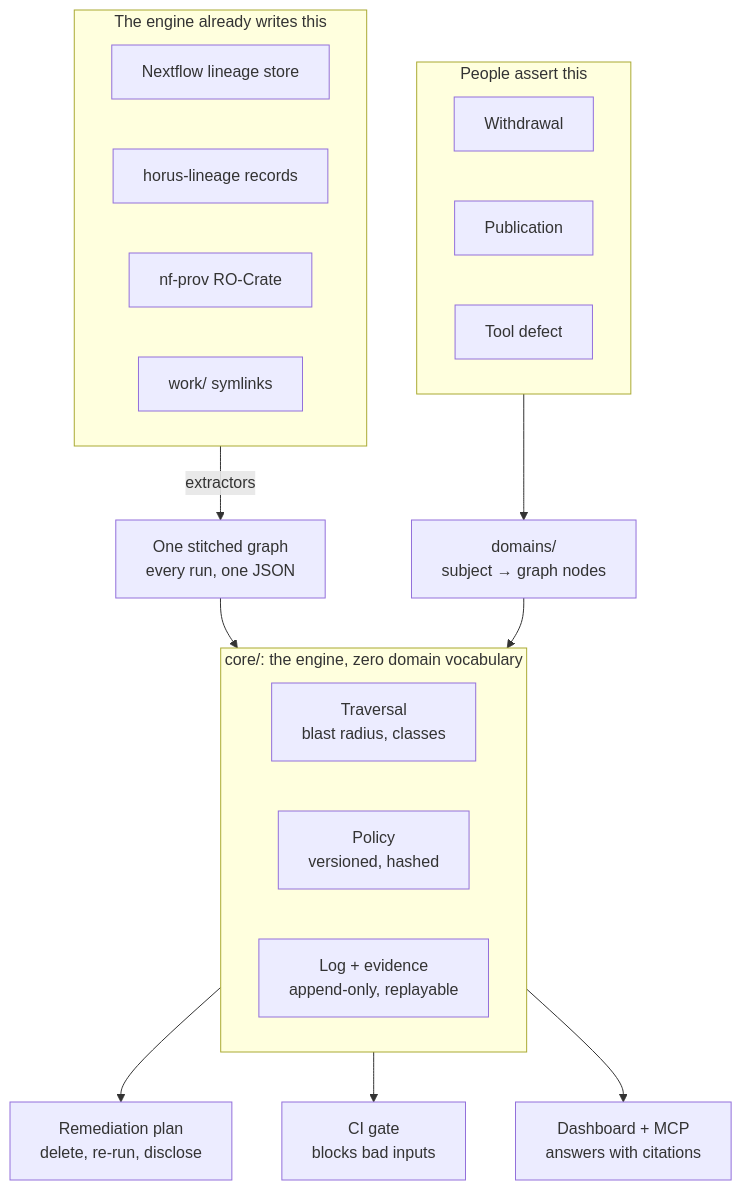
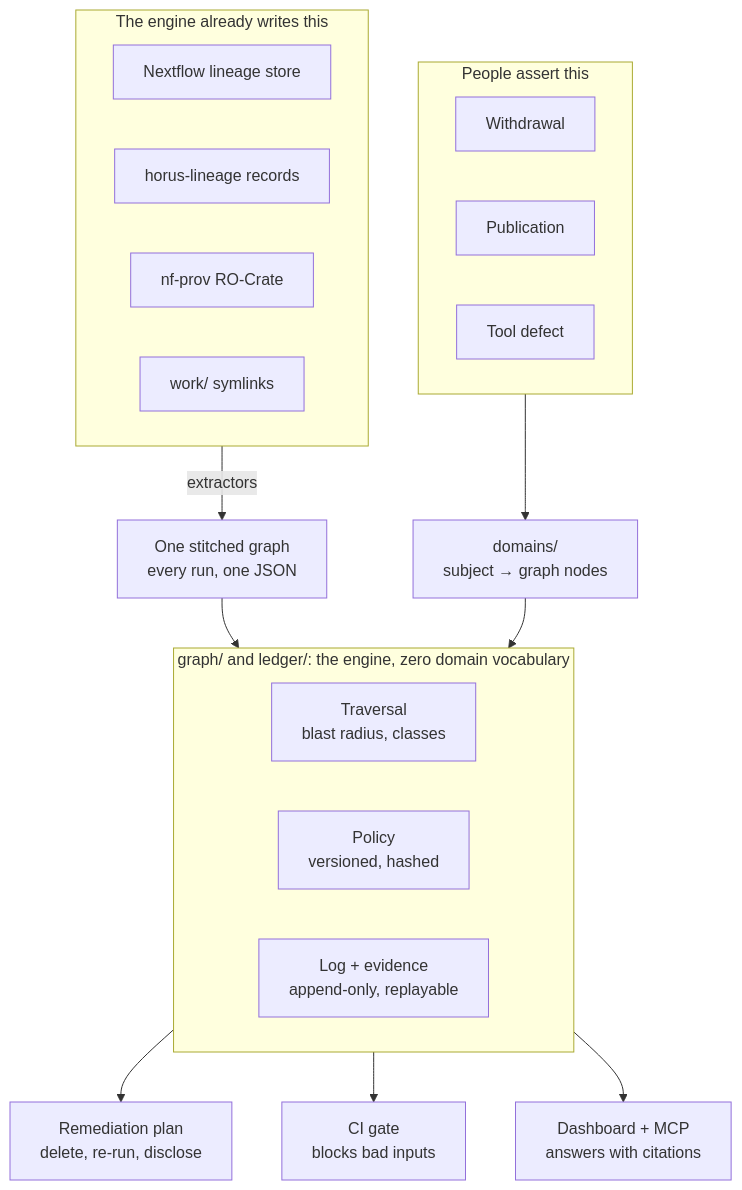
One commit to QuietFlare/clew changed the diagram in docs/architecture.md. Above: the diagram before and after it, drawn with Mermaid. The commit also changed other lines of this file and 70 other files, not shown here.

````diff
--- a/docs/architecture.md
+++ b/docs/architecture.md
@@ -9,26 +9,26 @@
 ```mermaid
 flowchart TB
     subgraph ENG["The engine already writes this"]
         LS["Nextflow lineage store"]
         HL["horus-lineage records"]
         RC["nf-prov RO-Crate"]
         WS["work/ symlinks"]
     end
     subgraph PA["People assert this"]
         W["Withdrawal"]
         P["Publication"]
         D["Tool defect"]
     end
-    subgraph CORE["core/: the engine, zero domain vocabulary"]
+    subgraph CORE["graph/ and ledger/: the engine, zero domain vocabulary"]
         T["Traversal<br/>blast radius, classes"]
         POL["Policy<br/>versioned, hashed"]
         LOG["Log + evidence<br/>append-only, replayable"]
     end
     ENG -- extractors --> G["One stitched graph<br/>every run, one JSON"]
     PA --> DOM["domains/<br/>subject &rarr; graph nodes"]
     G --> CORE
     DOM --> CORE
     CORE --> PLAN["Remediation plan<br/>delete, re-run, disclose"]
     CORE --> GATE["CI gate<br/>blocks bad inputs"]
     CORE --> AUD["Dashboard + MCP<br/>answers with citations"]
 ```
````
